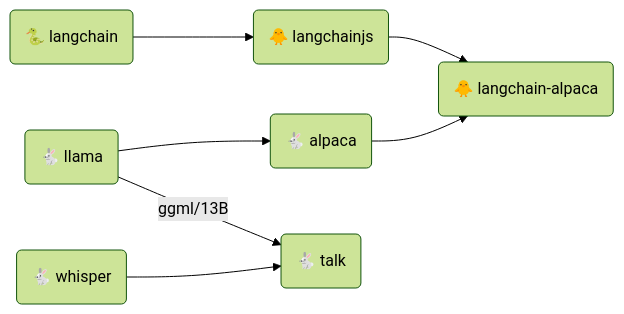
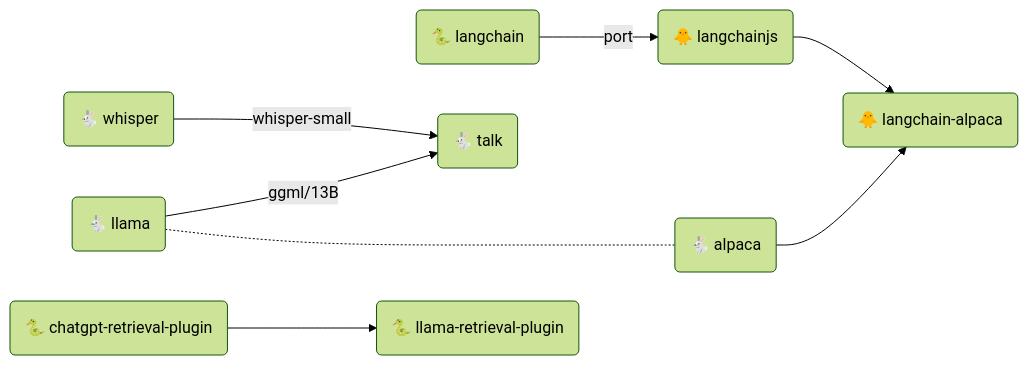
One commit to gist-rs/book changed the third of 3 diagrams in src/ml/llama.md. Above: the diagram before and after it, drawn with Mermaid (forest theme). The commit also changed other lines of this file, not shown here.

````diff
--- a/src/ml/llama.md
+++ b/src/ml/llama.md
@@ -100,11 +81,12 @@
 ```mermaid
 graph LR;
 A("🐍 langchain")
-A --> AA("🐥 langchainjs")
+A --port--> AA("🐥 langchainjs")
 AA --> B("🐥 langchain-alpaca")
 D("🐇 alpaca") --> B
-E-->D
+E-..-D
 E("🐇 llama") --ggml/13B--> H
-F("🐇 whisper") --> H
+F("🐇 whisper") --whisper-small--> H
 H("🐇 talk")
+I("🐍 chatgpt-retrieval-plugin") --> II("🐍 llama-retrieval-plugin")
 ```
````
